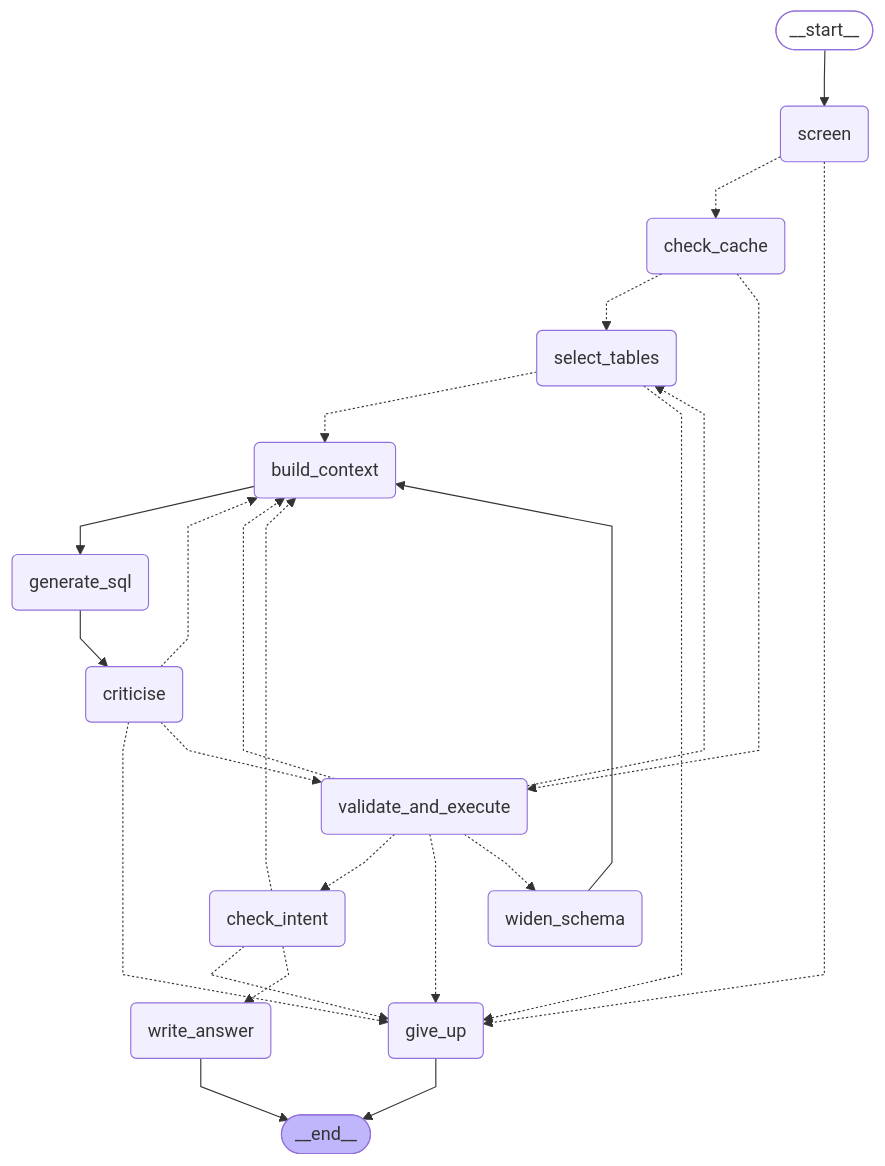
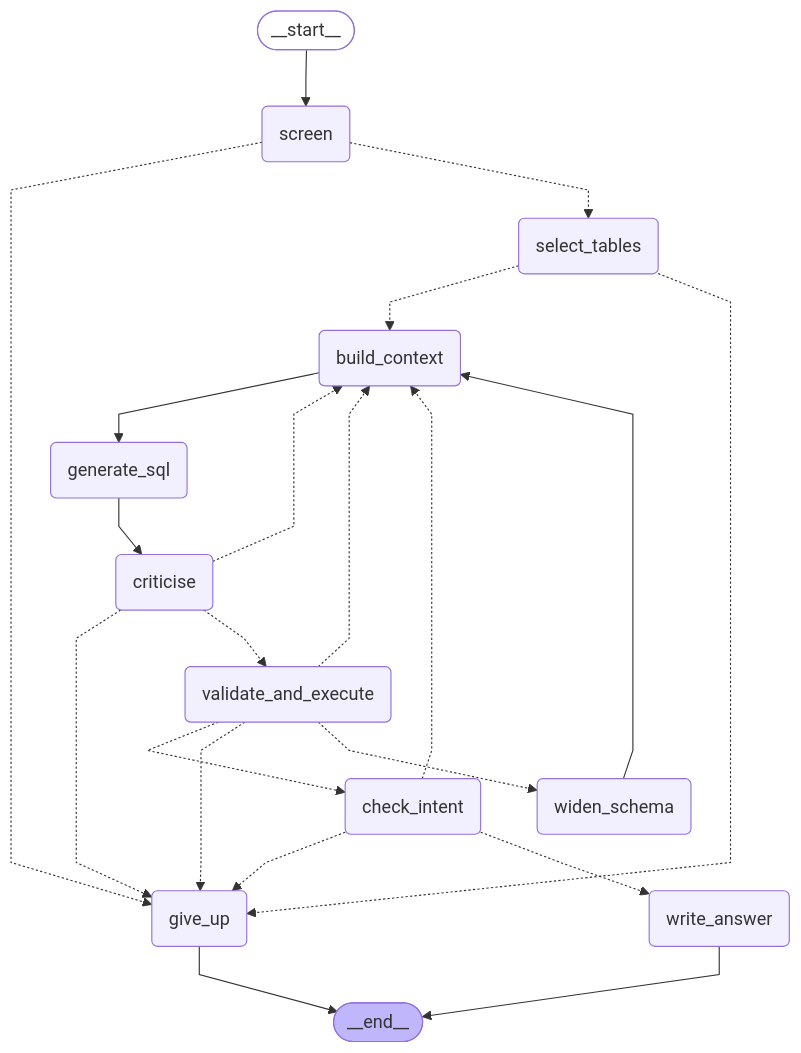
Before and after one commit to jntbatra/aperture: the diagram in docs/graph.md, drawn with Mermaid. The commit also changed other lines of this file and 11 other files, not shown here.

````diff
--- a/docs/graph.md
+++ b/docs/graph.md
@@ -21,47 +21,43 @@
 ```mermaid
 ---
 config:
   flowchart:
     curve: linear
 ---
 graph TD;
 	__start__([<p>__start__</p>]):::first
 	screen(screen)
-	check_cache(check_cache)
 	select_tables(select_tables)
 	build_context(build_context)
 	generate_sql(generate_sql)
 	criticise(criticise)
 	validate_and_execute(validate_and_execute)
 	check_intent(check_intent)
 	widen_schema(widen_schema)
 	write_answer(write_answer)
 	give_up(give_up)
 	__end__([<p>__end__</p>]):::last
 	__start__ --> screen;
 	build_context --> generate_sql;
-	check_cache -.-> select_tables;
-	check_cache -.-> validate_and_execute;
 	check_intent -.-> build_context;
 	check_intent -.-> give_up;
 	check_intent -.-> write_answer;
 	criticise -.-> build_context;
 	criticise -.-> give_up;
 	criticise -.-> validate_and_execute;
 	generate_sql --> criticise;
-	screen -.-> check_cache;
 	screen -.-> give_up;
+	screen -.-> select_tables;
 	select_tables -.-> build_context;
 	select_tables -.-> give_up;
 	validate_and_execute -.-> build_context;
 	validate_and_execute -.-> check_intent;
 	validate_and_execute -.-> give_up;
-	validate_and_execute -.-> select_tables;
 	validate_and_execute -.-> widen_schema;
 	widen_schema --> build_context;
 	give_up --> __end__;
 	write_answer --> __end__;
 	classDef default fill:#f2f0ff,line-height:1.2
 	classDef first fill-opacity:0
 	classDef last fill:#bfb6fc
 ```
````
